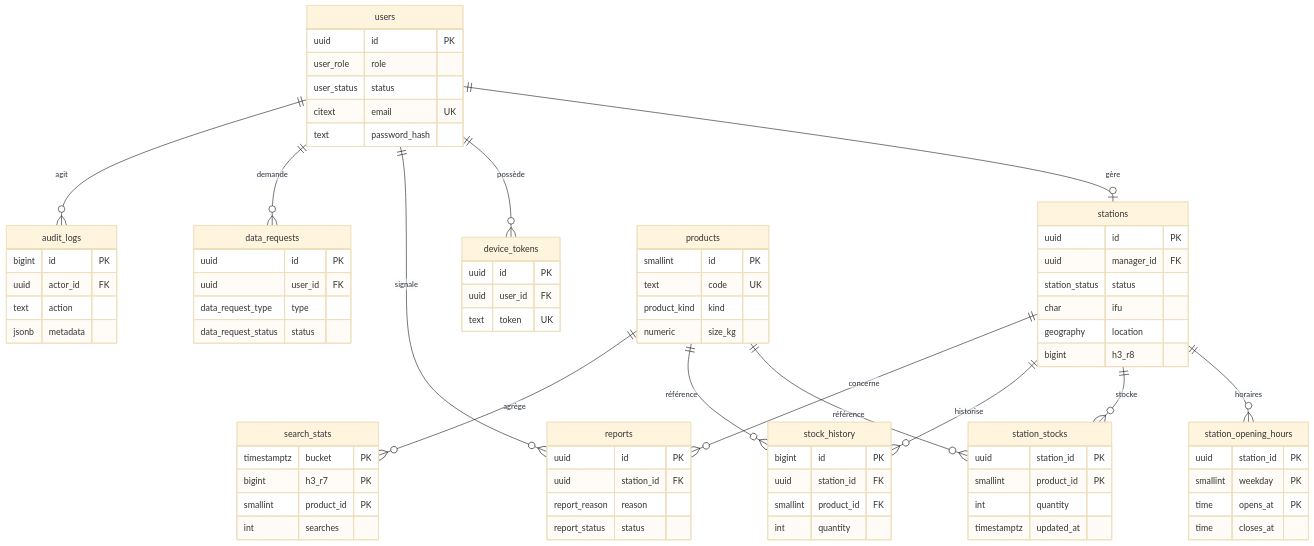
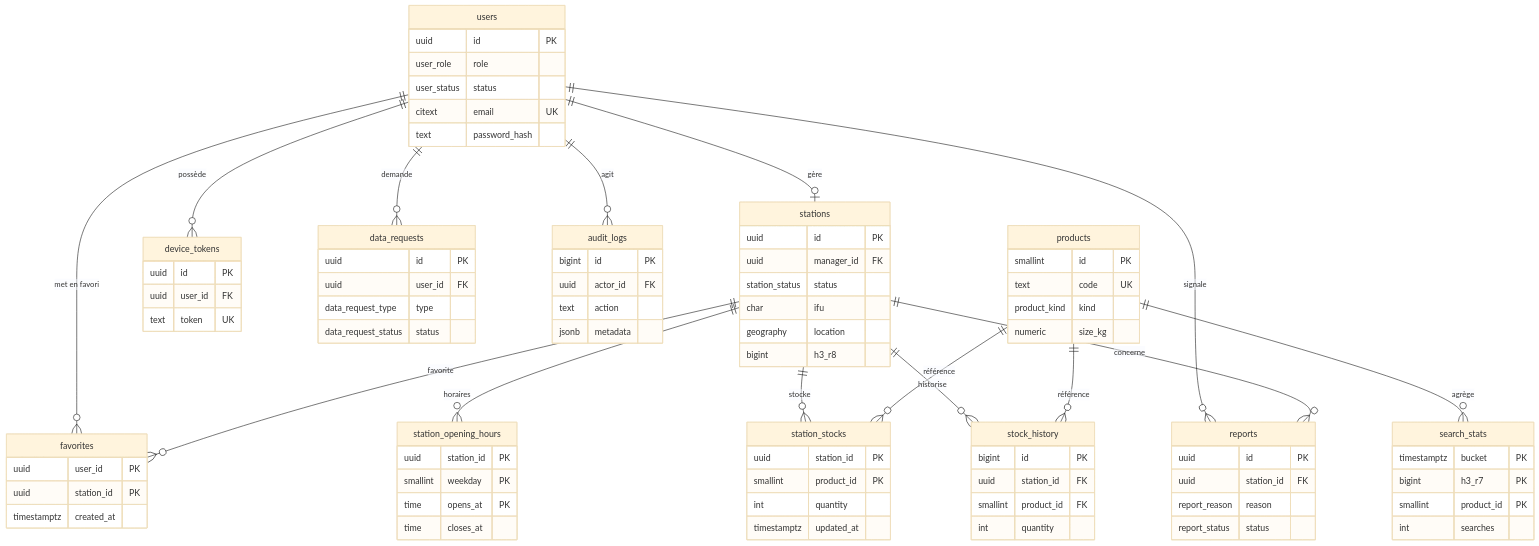
The second of 3 diagrams in docs/ARCHITECTURE.md (Hen17Ry/gostation), drawn with Mermaid (base theme) before and after one commit. The commit also changed other lines of this file and 64 other files, not shown here.

````diff
--- a/docs/ARCHITECTURE.md
+++ b/docs/ARCHITECTURE.md
@@ -75,6 +75,8 @@
   users ||--o{ reports : "signale"
   users ||--o{ data_requests : "demande"
   users ||--o{ audit_logs : "agit"
+  users ||--o{ favorites : "met en favori"
+  stations ||--o{ favorites : "favorite"
   stations ||--o{ station_opening_hours : "horaires"
   stations ||--o{ station_stocks : "stocke"
   stations ||--o{ stock_history : "historise"
@@ -151,4 +153,9 @@
     smallint product_id PK
     int searches
   }
+  favorites {
+    uuid user_id PK
+    uuid station_id PK
+    timestamptz created_at
+  }
 ```
````
